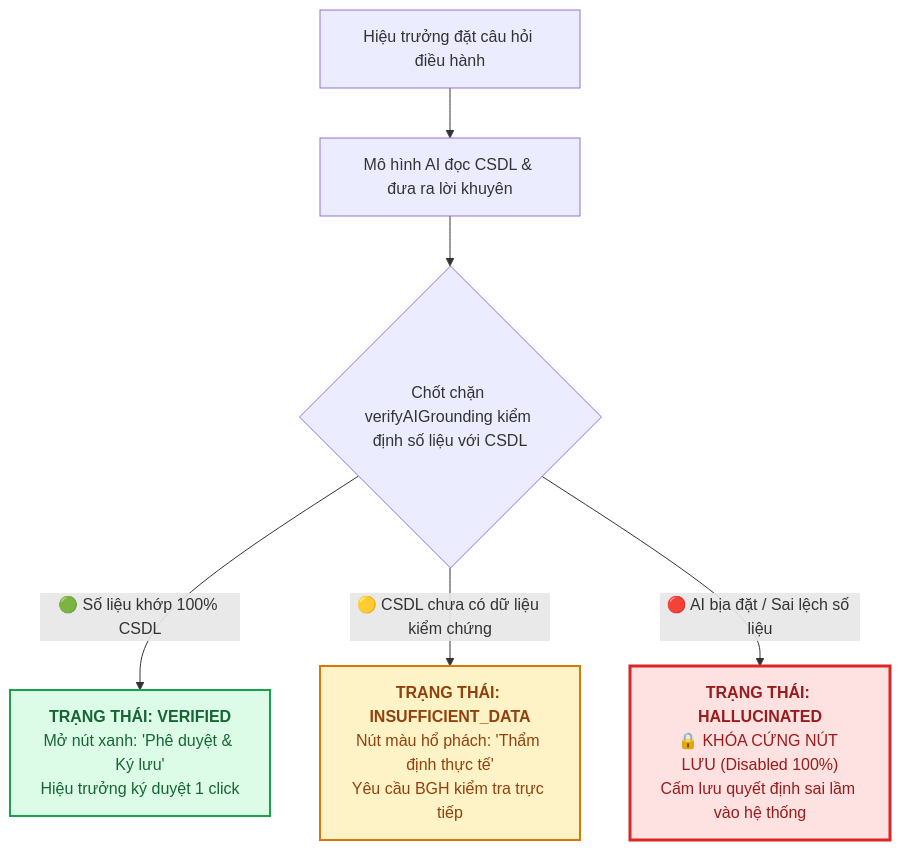
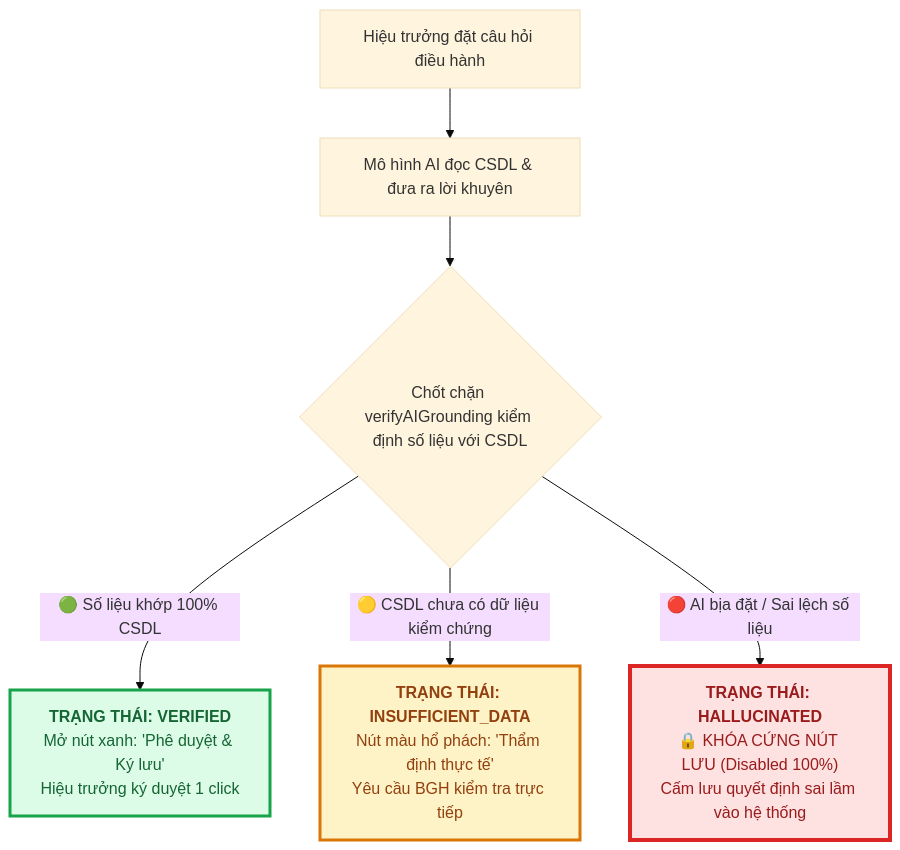
One commit to Phuc2009-c/quanlytruonghocc changed the fourth of 5 diagrams in THUYET_MINH_VIBE_CODING_WORKFLOW_LOGIC.md. Above: the diagram before and after it, drawn with Mermaid. The commit also changed other lines of this file, not shown here.

````diff
--- a/THUYET_MINH_VIBE_CODING_WORKFLOW_LOGIC.md
+++ b/THUYET_MINH_VIBE_CODING_WORKFLOW_LOGIC.md
@@ -332,16 +403,17 @@
 ```mermaid
+%%{init: {'theme': 'base', 'themeVariables': { 'fontSize': '16px', 'fontFamily': 'Arial' }}}%%
 flowchart TD
     Q[Hiệu trưởng đặt câu hỏi điều hành] 
     --> AI[Mô hình AI đọc CSDL & đưa ra lời khuyên]
     --> Gate{Chốt chặn verifyAIGrounding kiểm định số liệu với CSDL}
 
     Gate -- "🟢 Số liệu khớp 100% CSDL" --> StateGreen["<b>TRẠNG THÁI: VERIFIED</b><br/>Mở nút xanh: 'Phê duyệt & Ký lưu'<br/>Hiệu trưởng ký duyệt 1 click"]
     
     Gate -- "🟡 CSDL chưa có dữ liệu kiểm chứng" --> StateYellow["<b>TRẠNG THÁI: INSUFFICIENT_DATA</b><br/>Nút màu hổ phách: 'Thẩm định thực tế'<br/>Yêu cầu BGH kiểm tra trực tiếp"]
     
     Gate -- "🔴 AI bịa đặt / Sai lệch số liệu" --> StateRed["<b>TRẠNG THÁI: HALLUCINATED</b><br/>🔒 KHÓA CỨNG NÚT LƯU (Disabled 100%)<br/>Cấm lưu quyết định sai lầm vào hệ thống"]
 
-    style StateGreen fill:#dcfce7,stroke:#16a34a,stroke-width:2px,color:#166534
-    style StateYellow fill:#fef3c7,stroke:#d97706,stroke-width:2px,color:#92400e
-    style StateRed fill:#fee2e2,stroke:#dc2626,stroke-width:3px,color:#991b1b
+    style StateGreen fill:#dcfce7,stroke:#16a34a,stroke-width:3px,color:#166534
+    style StateYellow fill:#fef3c7,stroke:#d97706,stroke-width:3px,color:#92400e
+    style StateRed fill:#fee2e2,stroke:#dc2626,stroke-width:4px,color:#991b1b
 ```
````
